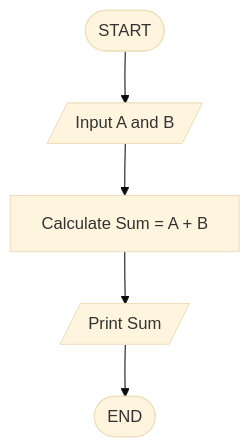
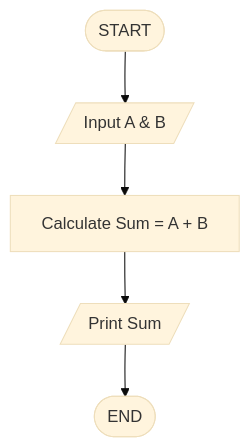
Before and after one commit to jayesh-shivlani/Java: the second of 7 diagrams in FlowchartsAndPseudocodes/README.md, drawn with Mermaid (base theme). The commit also changed other lines of this file and 7 other files, not shown here.

Commit message:
Refactor Flowcharts and Pseudocodes: Update README for clarity, add Practice Questions, and reorganize content. Remove unused files for better structure.

````diff
--- a/FlowchartsAndPseudocodes/README.md
+++ b/FlowchartsAndPseudocodes/README.md
@@ -65,8 +66,8 @@
 ```mermaid
 graph TD
 
-A([START]) --> B[/Input A and B/]
+A([START]) --> B[/Input A & B/]
 B --> C[Calculate Sum = A + B]
 C --> D[/Print Sum/]
 D --> E([END])
 ```
````
